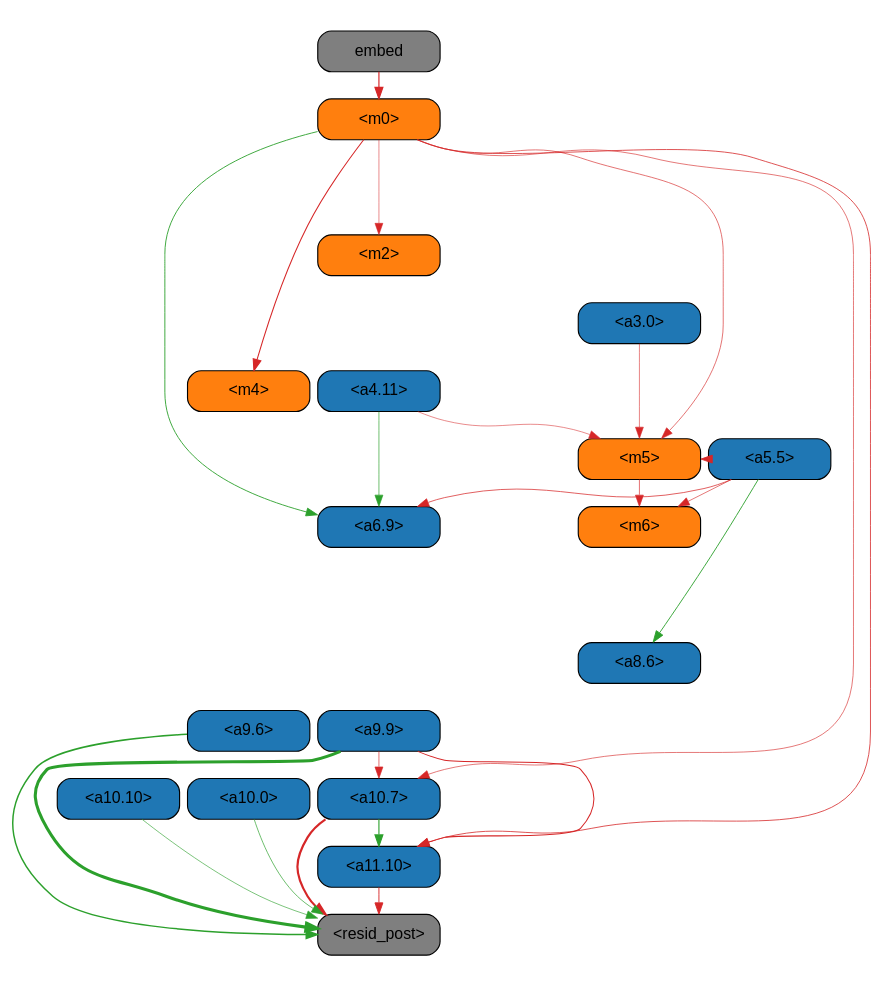
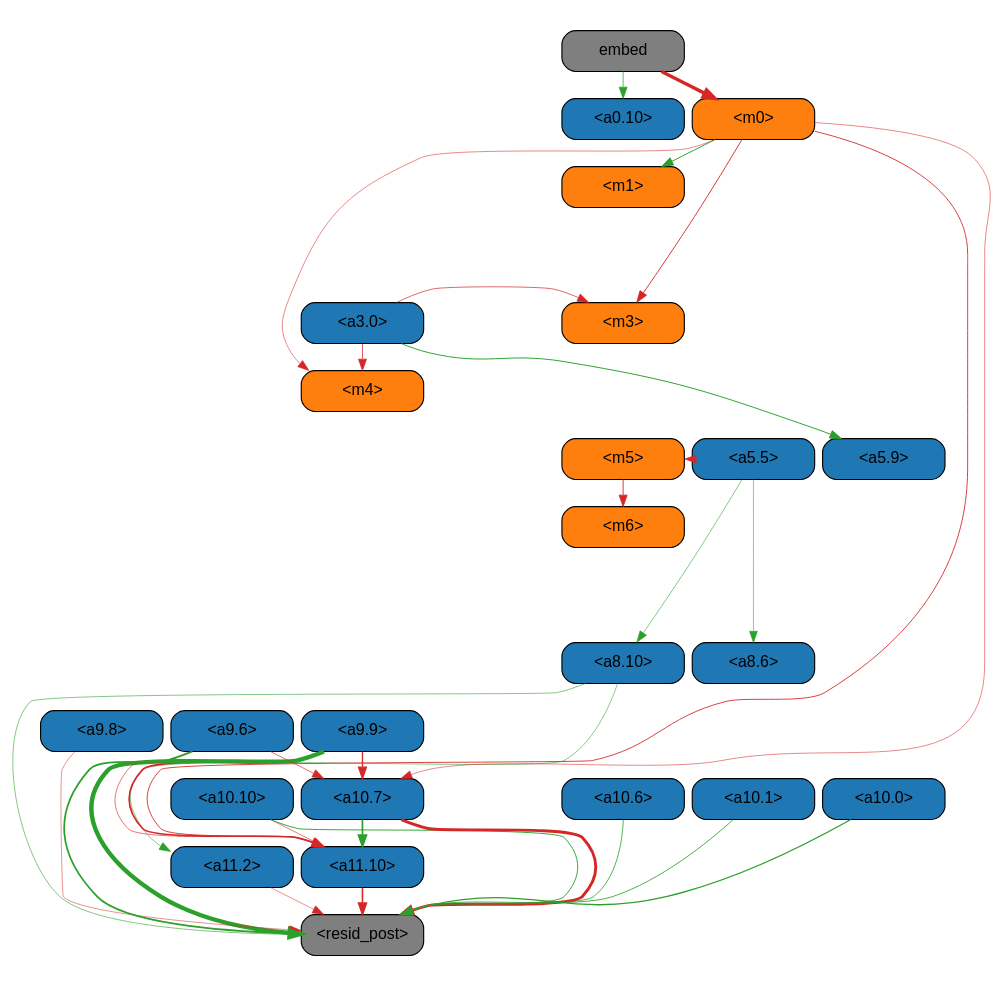
One commit to magikarp01/mechanistic-unlearning changed the diagram in acdcpp/ioi_task/ims/abs_edge/thresh0.15_before_acdc.gv. Above: the diagram before and after it, drawn with Graphviz. The commit also changed 9 other files, not shown here.

```diff
--- a/acdcpp/ioi_task/ims/abs_edge/thresh0.15_before_acdc.gv
+++ b/acdcpp/ioi_task/ims/abs_edge/thresh0.15_before_acdc.gv
@@ -7,6 +7,33 @@
 		height=.5,
 		width=1.5
 	];
+	subgraph "cluster_-1" {
+		graph [color=invis,
+			rank=same
+		];
+		"-1_invis"	[style=invis];
+		embed	[color=black,
+			fillcolor="#7f7f7f",
+			fontname=Helvetica,
+			shape=box,
+			style="filled, rounded"];
+	}
+	subgraph cluster_8 {
+		graph [color=invis,
+			rank=same
+		];
+		"8_invis"	[style=invis];
+		"<a8.10>"	[color=black,
+			fillcolor="#1f77b4",
+			fontname=Helvetica,
+			shape=box,
+			style="filled, rounded"];
+		"<a8.6>"	[color=black,
+			fillcolor="#1f77b4",
+			fontname=Helvetica,
+			shape=box,
+			style="filled, rounded"];
+	}
 	subgraph cluster_7 {
 		graph [color=invis,
 			rank=same
@@ -18,18 +45,23 @@
 			rank=same
 		];
 		"1_invis"	[style=invis];
+		"<m1>"	[color=black,
+			fillcolor="#ff7f0e",
+			fontname=Helvetica,
+			shape=box,
+			style="filled, rounded"];
 	}
-	subgraph cluster_9 {
+	subgraph cluster_11 {
 		graph [color=invis,
 			rank=same
 		];
-		"9_invis"	[style=invis];
-		"<a9.9>"	[color=black,
+		"11_invis"	[style=invis];
+		"<a11.10>"	[color=black,
 			fillcolor="#1f77b4",
 			fontname=Helvetica,
 			shape=box,
 			style="filled, rounded"];
-		"<a9.6>"	[color=black,
+		"<a11.2>"	[color=black,
 			fillcolor="#1f77b4",
 			fontname=Helvetica,
 			shape=box,
@@ -45,6 +77,17 @@
 			fontname=Helvetica,
 			shape=box,
 			style="filled, rounded"];
+		"<a0.10>"	[color=black,
+			fillcolor="#1f77b4",
+			fontname=Helvetica,
+			shape=box,
+			style="filled, rounded"];
+	}
+	subgraph cluster_2 {
+		graph [color=invis,
+			rank=same
+		];
+		"2_invis"	[style=invis];
 	}
 	subgraph cluster_5 {
 		graph [color=invis,
@@ -61,18 +104,7 @@
 			fontname=Helvetica,
 			shape=box,
 			style="filled, rounded"];
-	}
-	subgraph cluster_6 {
-		graph [color=invis,
-			rank=same
-		];
-		"6_invis"	[style=invis];
-		"<m6>"	[color=black,
-			fillcolor="#ff7f0e",
-			fontname=Helvetica,
-			shape=box,
-			style="filled, rounded"];
-		"<a6.9>"	[color=black,
+		"<a5.9>"	[color=black,
 			fillcolor="#1f77b4",
 			fontname=Helvetica,
 			shape=box,
@@ -89,13 +121,61 @@
 			shape=box,
 			style="filled, rounded"];
 	}
-	subgraph "cluster_-1" {
+	subgraph cluster_4 {
 		graph [color=invis,
 			rank=same
 		];
-		"-1_invis"	[style=invis];
-		embed	[color=black,
-			fillcolor="#7f7f7f",
+		"4_invis"	[style=invis];
+		"<m4>"	[color=black,
+			fillcolor="#ff7f0e",
+			fontname=Helvetica,
+			shape=box,
+			style="filled, rounded"];
+	}
+	subgraph cluster_6 {
+		graph [color=invis,
+			rank=same
+		];
+		"6_invis"	[style=invis];
+		"<m6>"	[color=black,
+			fillcolor="#ff7f0e",
+			fontname=Helvetica,
+			shape=box,
+			style="filled, rounded"];
+	}
+	subgraph cluster_9 {
+		graph [color=invis,
+			rank=same
+		];
+		"9_invis"	[style=invis];
+		"<a9.9>"	[color=black,
+			fillcolor="#1f77b4",
+			fontname=Helvetica,
+			shape=box,
+			style="filled, rounded"];
+		"<a9.8>"	[color=black,
+			fillcolor="#1f77b4",
+			fontname=Helvetica,
+			shape=box,
+			style="filled, rounded"];
+		"<a9.6>"	[color=black,
+			fillcolor="#1f77b4",
+			fontname=Helvetica,
+			shape=box,
+			style="filled, rounded"];
+	}
+	subgraph cluster_3 {
+		graph [color=invis,
+			rank=same
+		];
+		"3_invis"	[style=invis];
+		"<a3.0>"	[color=black,
+			fillcolor="#1f77b4",
+			fontname=Helvetica,
+			shape=box,
+			style="filled, rounded"];
+		"<m3>"	[color=black,
+			fillcolor="#ff7f0e",
 			fontname=Helvetica,
 			shape=box,
 			style="filled, rounded"];
@@ -115,67 +195,17 @@
 			fontname=Helvetica,
 			shape=box,
 			style="filled, rounded"];
-		"<a10.0>"	[color=black,
+		"<a10.6>"	[color=black,
 			fillcolor="#1f77b4",
 			fontname=Helvetica,
 			shape=box,
 			style="filled, rounded"];
-	}
-	subgraph cluster_11 {
-		graph [color=invis,
-			rank=same
-		];
-		"11_invis"	[style=invis];
-		"<a11.10>"	[color=black,
+		"<a10.1>"	[color=black,
 			fillcolor="#1f77b4",
 			fontname=Helvetica,
 			shape=box,
 			style="filled, rounded"];
-	}
-	subgraph cluster_4 {
-		graph [color=invis,
-			rank=same
-		];
-		"4_invis"	[style=invis];
-		"<a4.11>"	[color=black,
-			fillcolor="#1f77b4",
-			fontname=Helvetica,
-			shape=box,
-			style="filled, rounded"];
-		"<m4>"	[color=black,
-			fillcolor="#ff7f0e",
-			fontname=Helvetica,
-			shape=box,
-			style="filled, rounded"];
-	}
-	subgraph cluster_3 {
-		graph [color=invis,
-			rank=same
-		];
-		"3_invis"	[style=invis];
-		"<a3.0>"	[color=black,
-			fillcolor="#1f77b4",
-			fontname=Helvetica,
-			shape=box,
-			style="filled, rounded"];
-	}
-	subgraph cluster_2 {
-		graph [color=invis,
-			rank=same
-		];
-		"2_invis"	[style=invis];
-		"<m2>"	[color=black,
-			fillcolor="#ff7f0e",
-			fontname=Helvetica,
-			shape=box,
-			style="filled, rounded"];
-	}
-	subgraph cluster_8 {
-		graph [color=invis,
-			rank=same
-		];
-		"8_invis"	[style=invis];
-		"<a8.6>"	[color=black,
+		"<a10.0>"	[color=black,
 			fillcolor="#1f77b4",
 			fontname=Helvetica,
 			shape=box,
@@ -209,98 +239,130 @@
 		weight=1000];
 	"<a11.10>" -> "<resid_post>"	[color="#d62728",
 		minlen=0.5,
-		penwidth=0.8239023685455322,
+		penwidth=1.3601438105106354,
+		weight=10];
+	"<a11.2>" -> "<resid_post>"	[color="#d62728",
+		minlen=0.5,
+		penwidth=0.4501538872718811,
+		weight=10];
+	"<a10.10>" -> "<a11.10>"	[color="#d62728",
+		minlen=0.5,
+		penwidth=0.5401075780391693,
 		weight=10];
 	"<a10.10>" -> "<resid_post>"	[color="#2ca02c",
 		minlen=0.5,
-		penwidth=0.5535016357898712,
+		penwidth=0.8220436871051788,
 		weight=10];
 	"<a10.7>" -> "<a11.10>"	[color="#2ca02c",
 		minlen=0.5,
-		penwidth=0.9794479608535767,
+		penwidth=1.5220427513122559,
 		weight=10];
 	"<a10.7>" -> "<resid_post>"	[color="#d62728",
 		minlen=0.5,
-		penwidth=1.9192675352096558,
+		penwidth=2.5607439279556274,
+		weight=10];
+	"<a10.6>" -> "<resid_post>"	[color="#2ca02c",
+		minlen=0.5,
+		penwidth=0.6992683410644531,
+		weight=10];
+	"<a10.1>" -> "<resid_post>"	[color="#2ca02c",
+		minlen=0.5,
+		penwidth=0.7389116585254669,
 		weight=10];
 	"<a10.0>" -> "<resid_post>"	[color="#2ca02c",
 		minlen=0.5,
-		penwidth=0.6125486344099045,
+		penwidth=1.158152461051941,
 		weight=10];
 	"<a9.9>" -> "<a11.10>"	[color="#d62728",
 		minlen=0.5,
-		penwidth=0.8935505747795105,
+		penwidth=1.4837417900562286,
 		weight=10];
 	"<a9.9>" -> "<resid_post>"	[color="#2ca02c",
 		minlen=0.5,
-		penwidth=2.7265888452529907,
+		penwidth=3.8573176860809326,
 		weight=10];
 	"<a9.9>" -> "<a10.7>"	[color="#d62728",
 		minlen=0.5,
-		penwidth=0.5866371095180511,
+		penwidth=1.1580114662647247,
+		weight=10];
+	"<a9.8>" -> "<resid_post>"	[color="#d62728",
+		minlen=0.5,
+		penwidth=0.4507319927215576,
+		weight=10];
+	"<a9.6>" -> "<a11.10>"	[color="#d62728",
+		minlen=0.5,
+		penwidth=0.5531328320503235,
 		weight=10];
 	"<a9.6>" -> "<resid_post>"	[color="#2ca02c",
 		minlen=0.5,
-		penwidth=1.2909940481185913,
+		penwidth=1.550887942314148,
+		weight=10];
+	"<a9.6>" -> "<a10.7>"	[color="#d62728",
+		minlen=0.5,
+		penwidth=0.5932109355926514,
+		weight=10];
+	"<a8.10>" -> "<resid_post>"	[color="#2ca02c",
+		minlen=0.5,
+		penwidth=0.5166987776756287,
+		weight=10];
+	"<a8.10>" -> "<a11.2>"	[color="#2ca02c",
+		minlen=0.5,
+		penwidth=0.49109315872192383,
 		weight=10];
 	"<m0>" -> "<a11.10>"	[color="#d62728",
 		minlen=0.5,
-		penwidth=0.7029306292533875,
+		penwidth=0.7734471559524536,
 		weight=10];
 	"<m0>" -> "<a10.7>"	[color="#d62728",
 		minlen=0.5,
-		penwidth=0.5544009804725647,
-		weight=10];
-	"<m0>" -> "<m5>"	[color="#d62728",
-		minlen=0.5,
-		penwidth=0.5722399055957794,
-		weight=10];
-	"<m0>" -> "<a6.9>"	[color="#2ca02c",
-		minlen=0.5,
-		penwidth=0.7949736714363098,
+		penwidth=0.47617001831531525,
 		weight=10];
 	"<m0>" -> "<m4>"	[color="#d62728",
 		minlen=0.5,
-		penwidth=0.927332729101181,
+		penwidth=0.4760913848876953,
 		weight=10];
-	"<m0>" -> "<m2>"	[color="#d62728",
+	"<m0>" -> "<m3>"	[color="#d62728",
 		minlen=0.5,
-		penwidth=0.4655391722917557,
+		penwidth=0.7978592813014984,
+		weight=10];
+	"<m0>" -> "<m1>"	[color="#2ca02c",
+		minlen=0.5,
+		penwidth=0.8397402763366699,
+		weight=10];
+	"<a5.5>" -> "<a8.10>"	[color="#2ca02c",
+		minlen=0.5,
+		penwidth=0.5062308758497238,
 		weight=10];
 	"<a5.5>" -> "<a8.6>"	[color="#2ca02c",
 		minlen=0.5,
-		penwidth=0.7976143956184387,
+		penwidth=0.48104269802570343,
 		weight=10];
 	"<a5.5>" -> "<m5>"	[color="#d62728",
 		minlen=0.5,
-		penwidth=0.7407875955104828,
-		weight=10];
-	"<a5.5>" -> "<m6>"	[color="#d62728",
-		minlen=0.5,
-		penwidth=0.5505520105361938,
-		weight=10];
-	"<a5.5>" -> "<a6.9>"	[color="#d62728",
-		minlen=0.5,
-		penwidth=0.6460818350315094,
+		penwidth=0.5767725706100464,
 		weight=10];
 	"<m5>" -> "<m6>"	[color="#d62728",
 		minlen=0.5,
-		penwidth=0.5787927210330963,
+		penwidth=0.7778858542442322,
 		weight=10];
-	"<a4.11>" -> "<m5>"	[color="#d62728",
+	"<a3.0>" -> "<a5.9>"	[color="#2ca02c",
 		minlen=0.5,
-		penwidth=0.4667535871267319,
+		penwidth=0.8547307848930359,
 		weight=10];
-	"<a4.11>" -> "<a6.9>"	[color="#2ca02c",
+	"<a3.0>" -> "<m4>"	[color="#d62728",
 		minlen=0.5,
-		penwidth=0.5952064990997314,
+		penwidth=0.6807469725608826,
 		weight=10];
-	"<a3.0>" -> "<m5>"	[color="#d62728",
+	"<a3.0>" -> "<m3>"	[color="#d62728",
 		minlen=0.5,
-		penwidth=0.5089140236377716,
+		penwidth=0.6186229884624481,
 		weight=10];
 	embed -> "<m0>"	[color="#d62728",
 		minlen=0.5,
-		penwidth=1.0304760932922363,
+		penwidth=3.04594624042511,
+		weight=10];
+	embed -> "<a0.10>"	[color="#2ca02c",
+		minlen=0.5,
+		penwidth=0.6545731723308563,
 		weight=10];
 }
```
